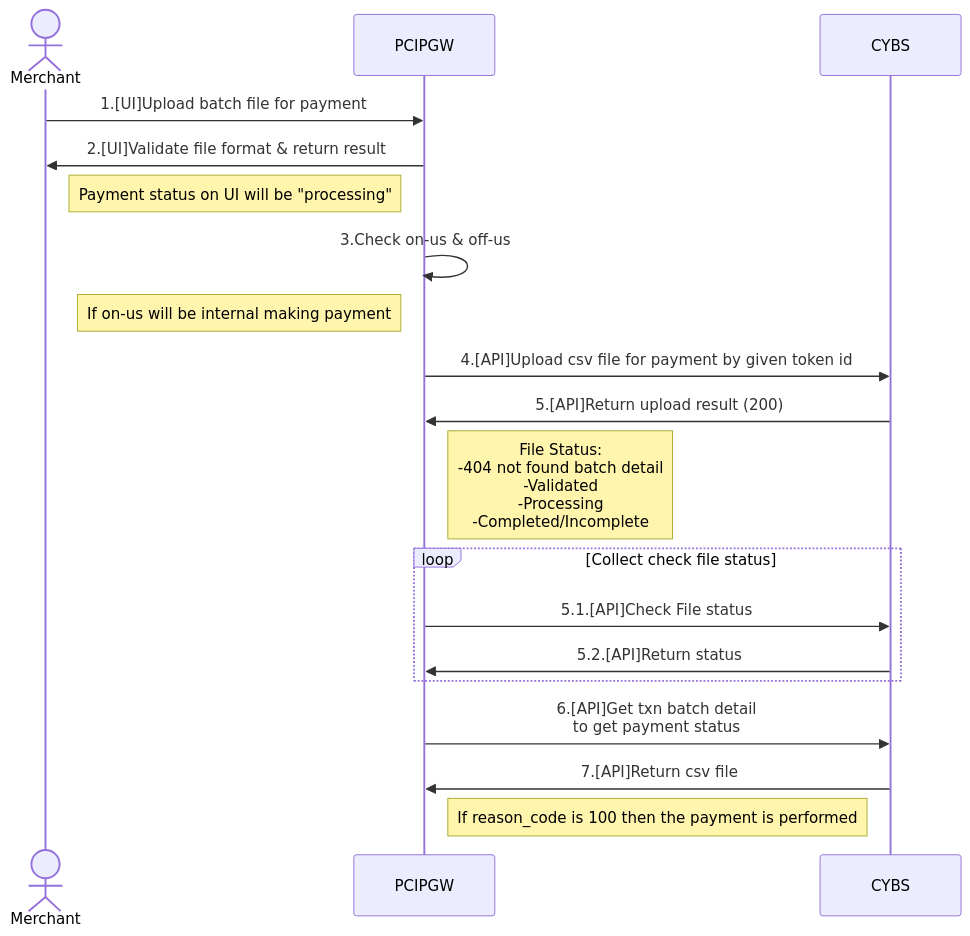
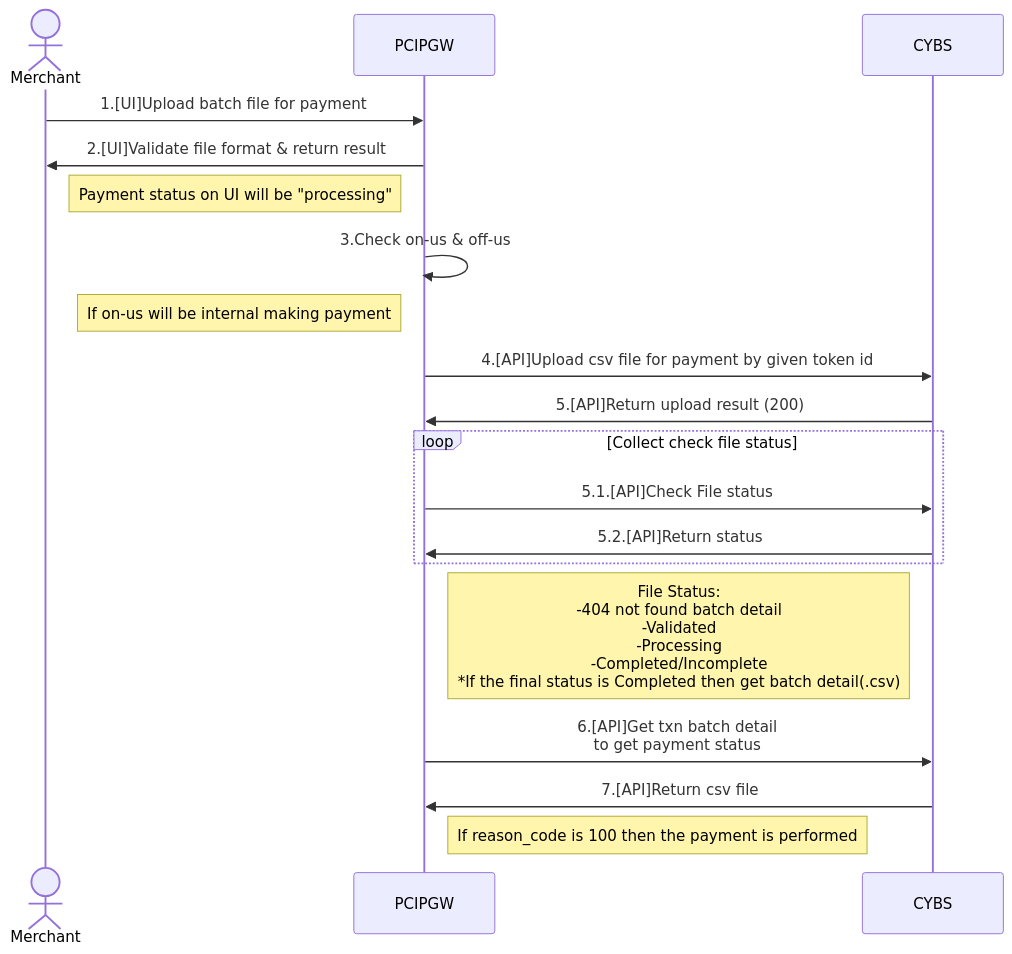
The second of 2 diagrams in CybsFlow.md (yuusuke25/MyNotes), drawn with Mermaid before and after one commit. The commit also changed other lines of this file, not shown here.

Commit message:
Update more a bit for file status process

````diff
--- a/CybsFlow.md
+++ b/CybsFlow.md
@@ -30,21 +30,21 @@
 ```mermaid
     sequenceDiagram
         Actor Merchant
         participant PCIPGW
         participant CYBS
         Merchant->>PCIPGW: 1.[UI]Upload batch file for payment
         PCIPGW->>Merchant: 2.[UI]Validate file format & return result
         Note left of PCIPGW: Payment status on UI will be "processing"
         PCIPGW->>PCIPGW: 3.Check on-us & off-us
         Note left of PCIPGW: If on-us will be internal making payment
         PCIPGW->>CYBS: 4.[API]Upload csv file for payment by given token id
         CYBS->>PCIPGW: 5.[API]Return upload result (200)
-        Note right of PCIPGW: File Status:<br> -404 not found batch detail<br> -Validated<br> -Processing<br> -Completed/Incomplete
         Loop Collect check file status
             PCIPGW->>CYBS: 5.1.[API]Check File status
             CYBS->>PCIPGW: 5.2.[API]Return status
         end
+        Note right of PCIPGW: File Status:<br> -404 not found batch detail<br> -Validated<br> -Processing<br> -Completed/Incomplete<br>*If the final status is Completed then get batch detail(.csv)
         PCIPGW->>CYBS: 6.[API]Get txn batch detail<br>to get payment status
         CYBS->>PCIPGW: 7.[API]Return csv file
         Note right of PCIPGW: If reason_code is 100 then the payment is performed
 ```
````
